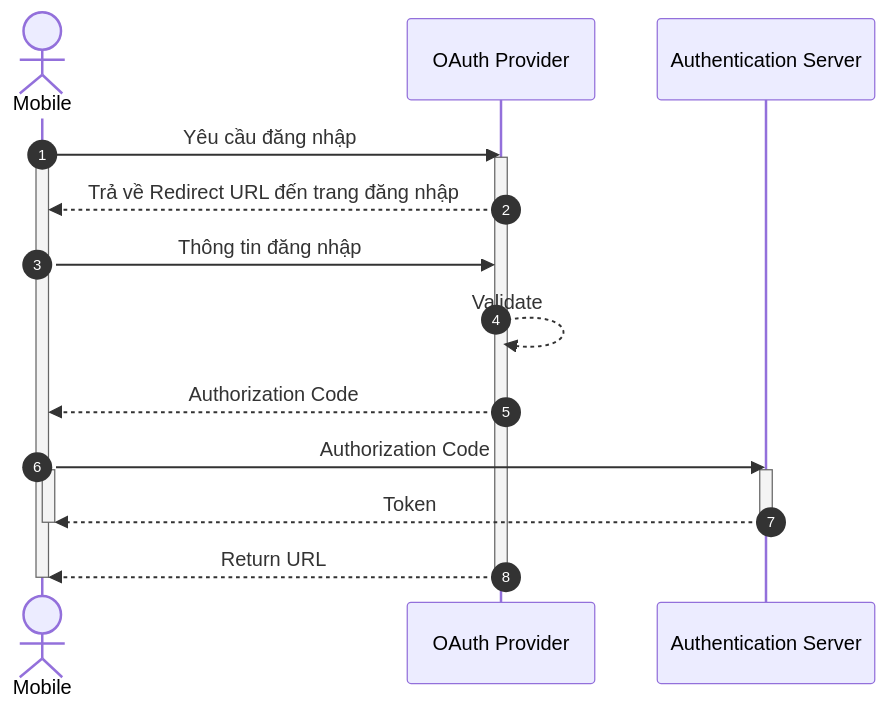
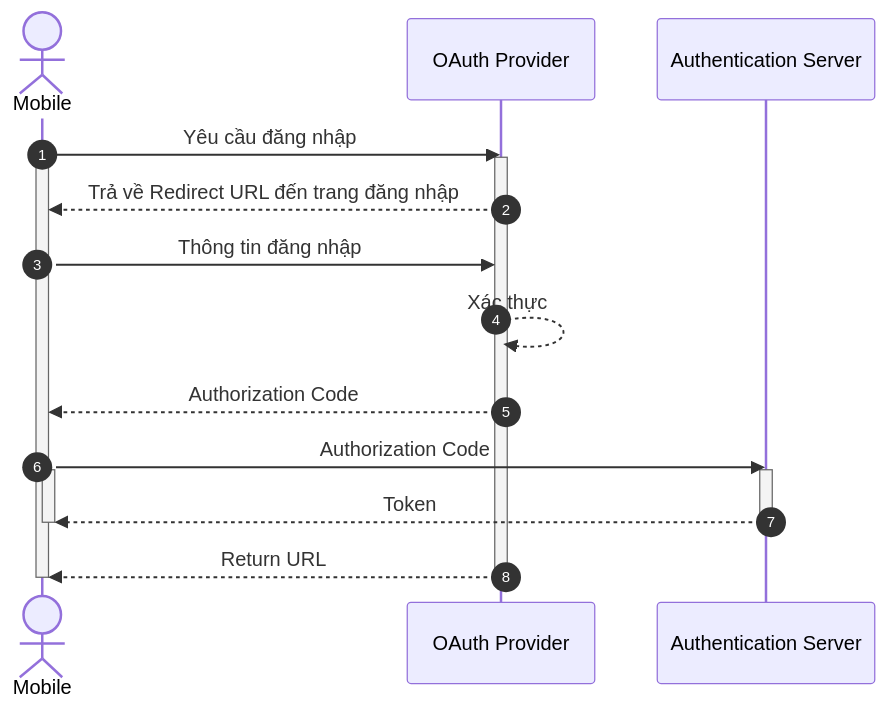
Before and after one commit to coinhub-uit/coinhub-uit.github.io: the second of 2 diagrams in docs/diagrams/sequence/user-auth.md, drawn with Mermaid. The commit also changed other lines of this file, not shown here.

Commit message:
chore(user-auth): change caption more clear

````diff
--- a/docs/diagrams/sequence/user-auth.md
+++ b/docs/diagrams/sequence/user-auth.md
@@ -29,25 +29,25 @@
 ```mermaid
 sequenceDiagram
   autonumber
   actor mobile as Mobile
   participant OAuthProvider as OAuth Provider
   participant authServer as Authentication Server
 
   mobile->>OAuthProvider: Yêu cầu đăng nhập
   activate mobile
   activate OAuthProvider
   OAuthProvider-->>mobile: Trả về Redirect URL đến trang đăng nhập
   mobile->>OAuthProvider: Thông tin đăng nhập
-  OAuthProvider-->>OAuthProvider: Validate
+  OAuthProvider-->>OAuthProvider: Xác thực
   OAuthProvider-->>mobile: Authorization Code
   mobile->>authServer: Authorization Code
   activate mobile
   activate authServer
   authServer-->>mobile: Token
   deactivate mobile
   deactivate authServer
   OAuthProvider-->>mobile: Return URL
   deactivate mobile
   deactivate OAuthProvider
 
 ```
````
